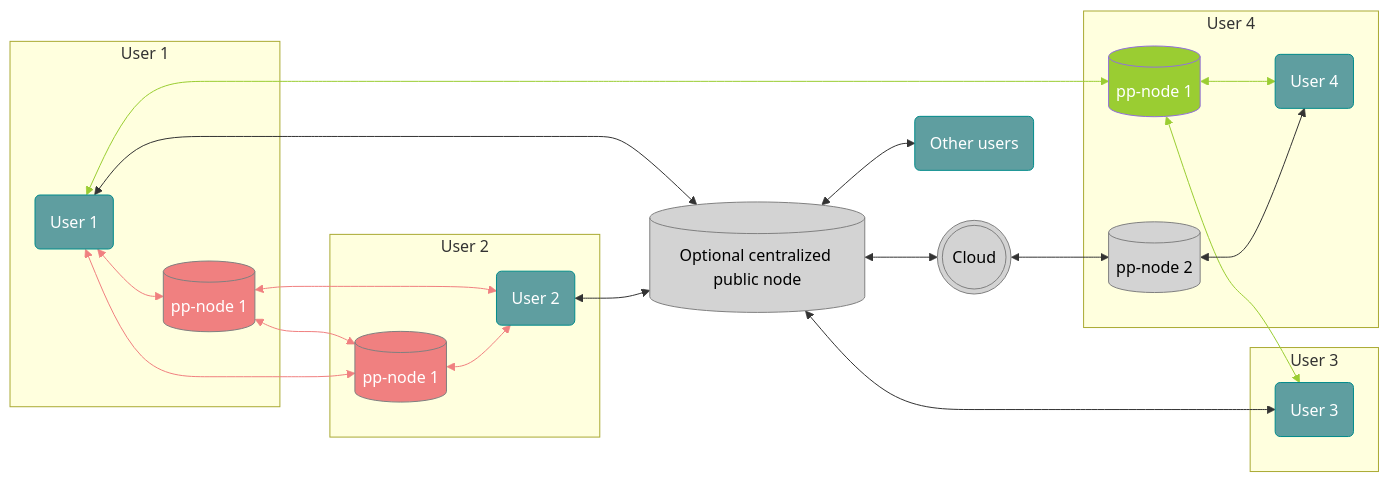
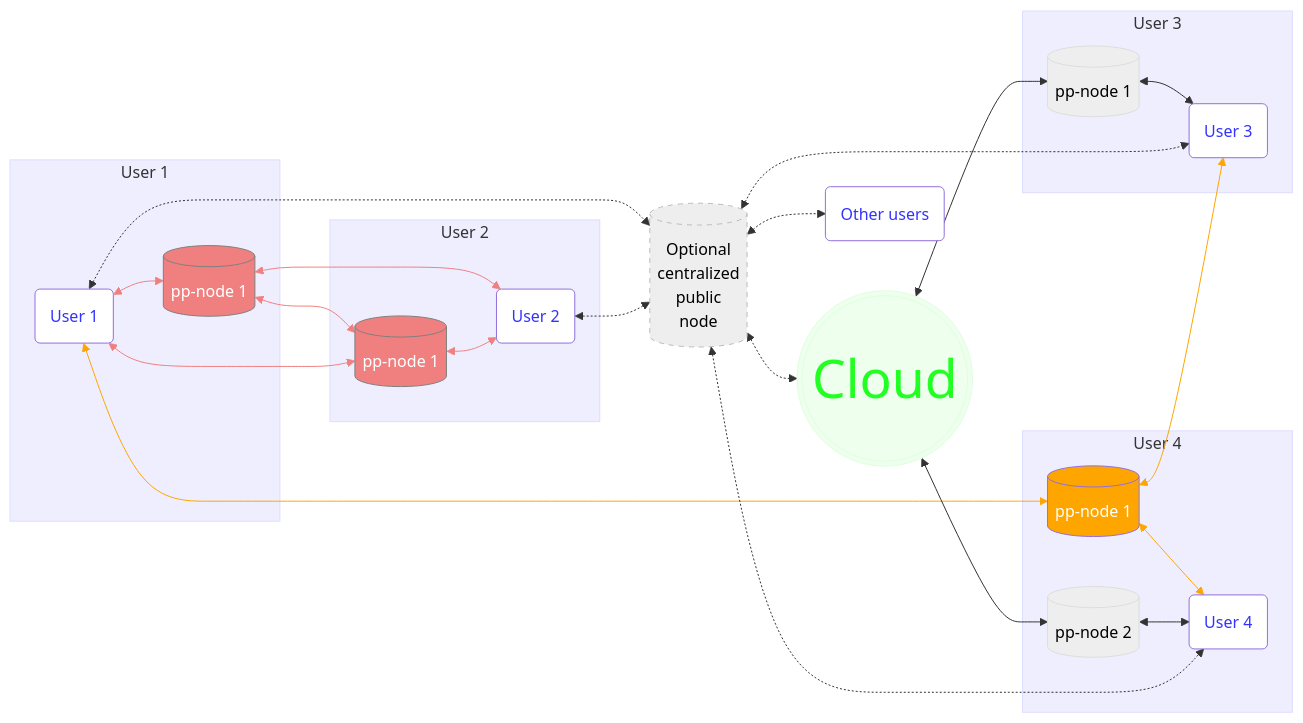
One commit to people-post/pp-main changed the first of 2 diagrams in README.md. Above: the diagram before and after it, drawn with Mermaid.

````diff
--- a/README.md
+++ b/README.md
@@ -6,48 +6,50 @@
 ```mermaid
 graph LR
 
-subgraph "User 1"
+subgraph SGU1[User 1]
 USER_1(User 1):::User <--> DB_11[(pp-node 1)]:::Private1
 end
 
 DB_11 <--> DB_21[(pp-node 1)]:::Private1
 USER_1 <--> DB_21
 DB_11 <--> USER_2(User 2):::User
 
-subgraph "User 2"
+subgraph SGU2[User 2]
 DB_21 <--> USER_2
 end
 
 USER_1 <--> DB_41[(pp-node 1)]:::Private2
 DB_41 <--> USER_3(User 3):::User
 
-USER_1 <--> DB_PUBLIC[(Optional centralized public node)]:::Public
-USER_2 <--> DB_PUBLIC
-DB_PUBLIC <--> USER_3
-CLOUD(((Cloud))):::Public <--> DB_42[(pp-node 2)]:::Public
-
-subgraph "User 3"
-USER_3
-end
-
-subgraph "User 4"
+subgraph SGU4[User 4]
 DB_41 <--> USER_4(User 4):::User
 DB_42 <--> USER_4
 end
 
-DB_PUBLIC <--> USER_N(Other users):::User
-DB_PUBLIC <--> CLOUD
+USER_1 <-.-> DB_PUBLIC[(Optional<br>centralized<br>public<br>node)]:::Central
+USER_2 <-.-> DB_PUBLIC
+CLOUD(((Cloud))):::Cloud <--> DB_31[(pp-node 1)]:::Public
+CLOUD <--> DB_42[(pp-node 2)]:::Public
 
-linkStyle 0 stroke:lightcoral;
-linkStyle 1 stroke:lightcoral;
-linkStyle 2 stroke:lightcoral;
-linkStyle 3 stroke:lightcoral;
-linkStyle 4 stroke:lightcoral;
-linkStyle 5 stroke:yellowgreen;
-linkStyle 6 stroke:yellowgreen;
-linkStyle 11 stroke:yellowgreen;
+subgraph SGU3[User 3]
+DB_31 <--> USER_3
+end
+
+DB_PUBLIC <-.-> USER_N(Other users):::User
+DB_PUBLIC <-.-> USER_3
+DB_PUBLIC <-.-> USER_4
+DB_PUBLIC <-.-> CLOUD
+
+linkStyle 0,1,2,3,4 stroke:lightcoral;
+linkStyle 5,6,7 stroke:orange;
 classDef Private1 fill:LightCoral,color:White,stroke:Gray
-classDef Private2 fill:yellowgreen,color:White
-classDef Public fill:LightGray,color:Black,stroke:Gray
-classDef User fill:CadetBlue,color:white,stroke:DarkCyan
+classDef Private2 fill:orange,color:White
+classDef Public fill:#EEE,color:Black,stroke:#DDD
+classDef Cloud fill:#EFE,color:#2F2,stroke:#DFD,font-size:40pt
+classDef Central fill:#EEE,color:Black,stroke:#BBB,stroke-dasharray:5 5
+classDef User fill:#FFF,color:#33F,stroke:CCF
+style SGU1 fill:#EEF,stroke:#DDF
+style SGU2 fill:#EEF,stroke:#DDF
+style SGU3 fill:#EEF,stroke:#DDF
+style SGU4 fill:#EEF,stroke:#DDF
 ```
````
